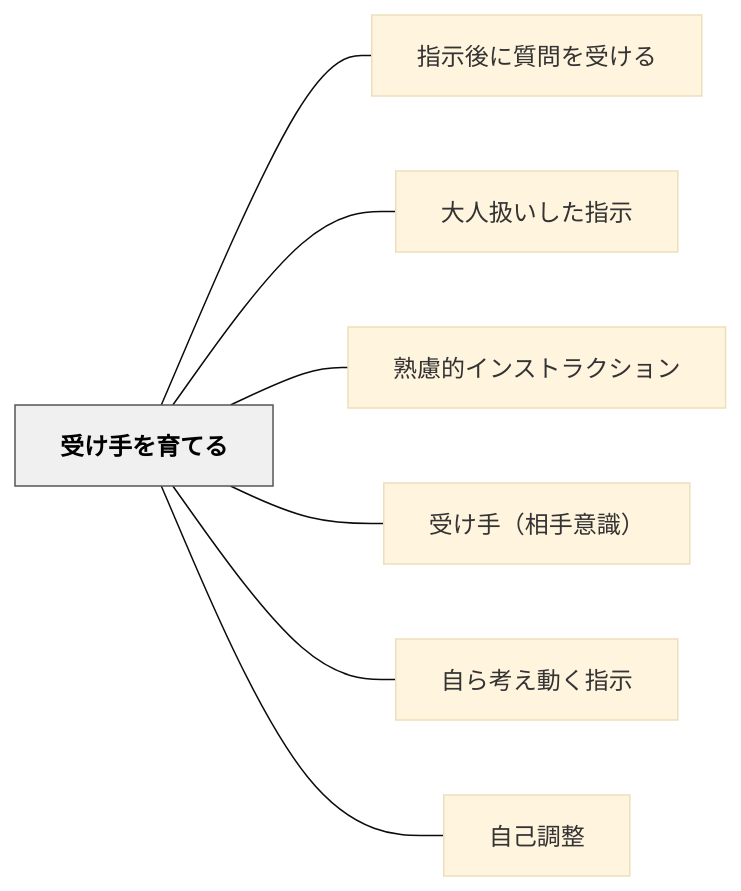
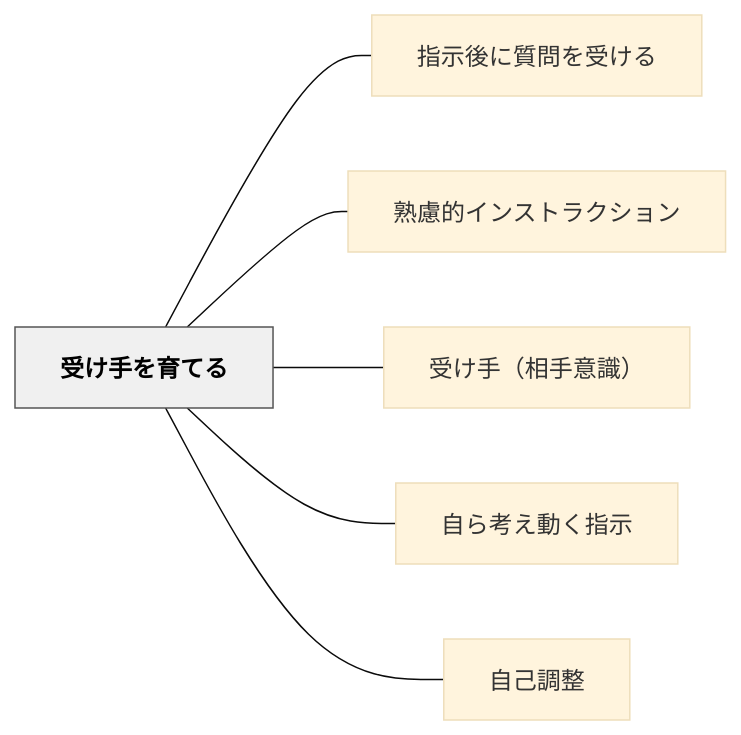
The diagram in content/パタン/受け手を育てる.md (unknownthings-ed-patterns/unknownthings-ed-patterns), drawn with Mermaid (base theme) before and after one commit. The commit also changed other lines of this file and 41 other files, not shown here.

````diff
--- a/content/パタン/受け手を育てる.md
+++ b/content/パタン/受け手を育てる.md
@@ -37,20 +37,18 @@
 ```mermaid
 flowchart LR
     ne58f97e38191e6898be38292e882b2e381a6e3828b["受け手を育てる"]
     ne68c87e7a4bae5be8ce381abe8b3aae5958fe38292e58f97e38191e3828b["指示後に質問を受ける"]
-    ne5a4a7e4babae689b1e38184e38197e3819fe68c87e7a4ba["大人扱いした指示"]
     ne7869fe685aee79a84e382a4e383b3e382b9e38388e383a9e382afe382b7e383a7e383b3["熟慮的インストラクション"]
     ne58f97e38191e6898befbc88e79bb8e6898be6848fe8ad98efbc89["受け手（相手意識）"]
     ne887aae38289e88083e38188e58b95e3818fe68c87e7a4ba["自ら考え動く指示"]
     ne887aae5b7b1e8aabfe695b4["自己調整"]
 
     ne58f97e38191e6898be38292e882b2e381a6e3828b --- ne68c87e7a4bae5be8ce381abe8b3aae5958fe38292e58f97e38191e3828b
-    ne58f97e38191e6898be38292e882b2e381a6e3828b --- ne5a4a7e4babae689b1e38184e38197e3819fe68c87e7a4ba
     ne58f97e38191e6898be38292e882b2e381a6e3828b --- ne7869fe685aee79a84e382a4e383b3e382b9e38388e383a9e382afe382b7e383a7e383b3
     ne58f97e38191e6898be38292e882b2e381a6e3828b --- ne58f97e38191e6898befbc88e79bb8e6898be6848fe8ad98efbc89
     ne58f97e38191e6898be38292e882b2e381a6e3828b --- ne887aae38289e88083e38188e58b95e3818fe68c87e7a4ba
     ne58f97e38191e6898be38292e882b2e381a6e3828b --- ne887aae5b7b1e8aabfe695b4
 
     classDef hub fill:#f0f0f0,stroke:#555,color:#000,font-weight:bold
     class ne58f97e38191e6898be38292e882b2e381a6e3828b hub
 ```
````
